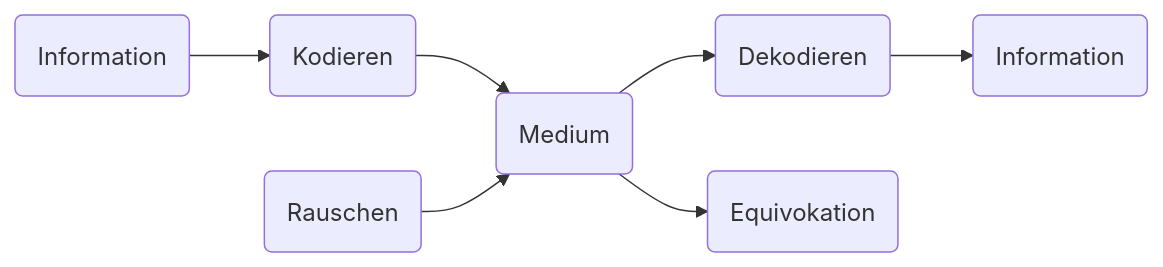
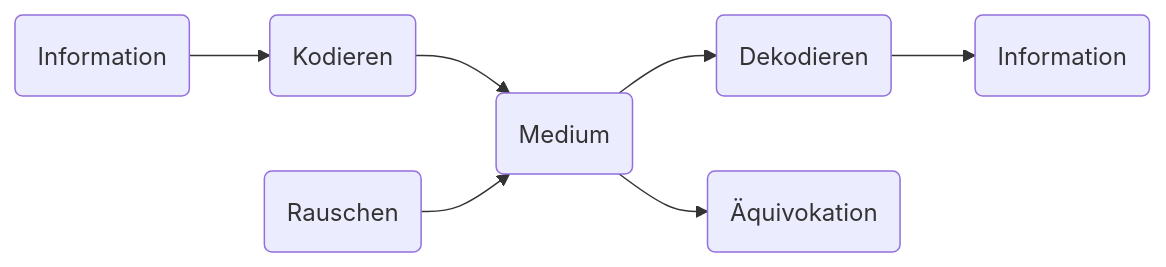
Before and after one commit to dxiai/daten-organisation: the diagram in kapitel/01-information/kapitel.qmd, drawn with Mermaid. The commit also changed other lines of this file and 15 other files, not shown here.

````diff
--- a/kapitel/01-information/kapitel.qmd
+++ b/kapitel/01-information/kapitel.qmd
@@ -73,16 +73,16 @@
 ```{mermaid}
 %%| label: fig-shannon-model
 %%| fig-cap: Integriertes Kommunikationsmodell [@shannon_mathematical_1948;@shannon_communication_1949]
 %%| fig-width: 100%
 
 flowchart LR
   a(Information) --> b(Kodieren)
   b --> c(Medium)
   c --> f(Dekodieren)
   
-  c --> e(Equivokation)
+  c --> e(Äquivokation)
   r(Rauschen) --> c
 
   f --> g(Information)
 
 ```
````
